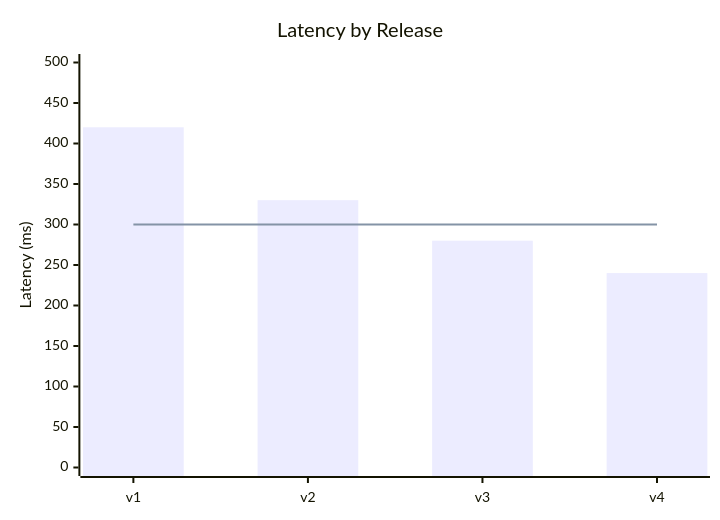
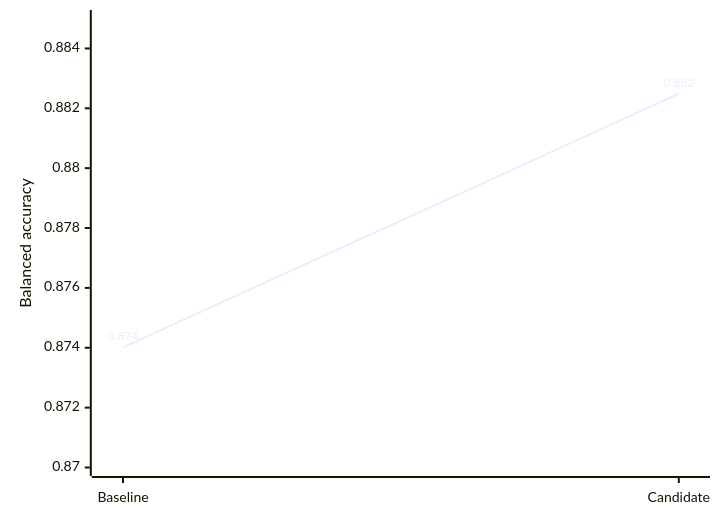
One commit to chingfhen/agent-core changed the second of 3 diagrams in skills/mermaid-markdown/SKILL.md. Above: the diagram before and after it, drawn with Mermaid. The commit also changed other lines of this file, not shown here.

Commit message:
skills\mermaid-markdown\SKILL.md

````diff
--- a/skills/mermaid-markdown/SKILL.md
+++ b/skills/mermaid-markdown/SKILL.md
@@ -234,8 +549,6 @@
 ```mermaid
-xychart-beta
-    title "Latency by Release"
-    x-axis ["v1", "v2", "v3", "v4"]
-    y-axis "Latency (ms)" 0 --> 500
-    bar [420, 330, 280, 240]
-    line [300, 300, 300, 300]
+xychart
+    x-axis ["Baseline", "Candidate"]
+    y-axis "Balanced accuracy" 0.87 --> 0.885
+    line [0.874011 "0.874", 0.882486 "0.882"]
 ```
````
